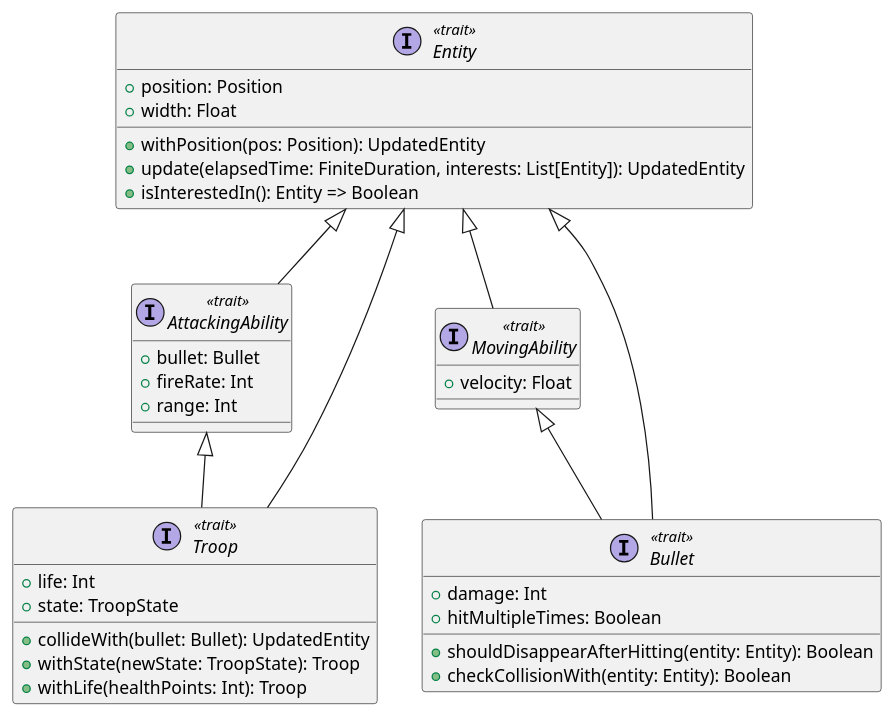
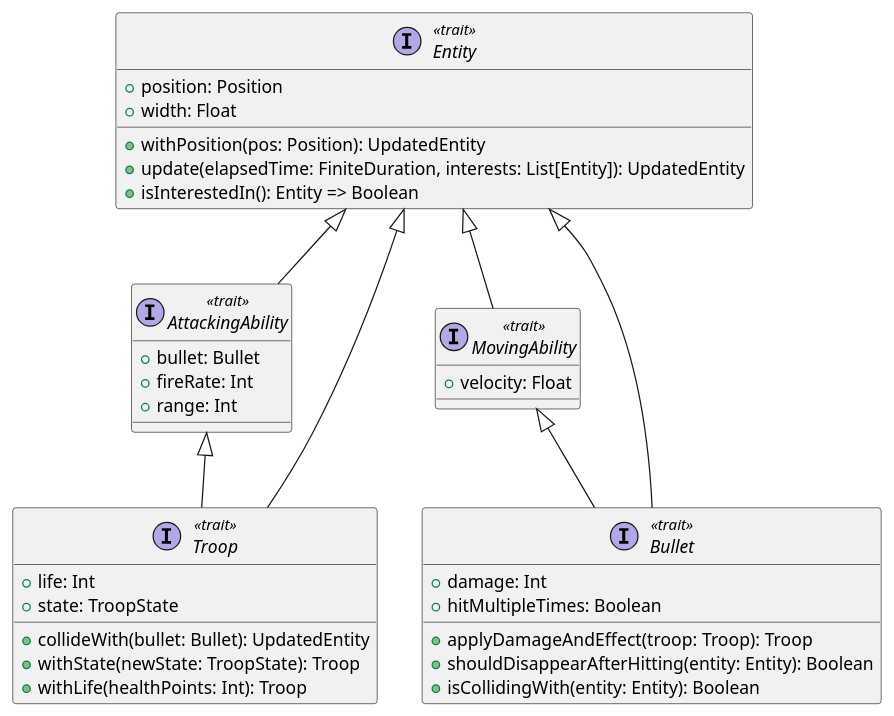
The diagram in doc/diagrams/Entities.puml (PaoloPenazzi/pps-pvzlike), drawn with PlantUML before and after one commit. The commit also changed 6 other files, not shown here.

```diff
--- a/doc/diagrams/Entities.puml
+++ b/doc/diagrams/Entities.puml
@@ -1,40 +1,41 @@
 @startuml
 'https://plantuml.com/class-diagram
 
 interface Entity <<trait>> {
 + position: Position
 + width: Float
 + withPosition(pos: Position): UpdatedEntity
 + update(elapsedTime: FiniteDuration, interests: List[Entity]): UpdatedEntity
 + isInterestedIn(): Entity => Boolean
 }
 interface AttackingAbility <<trait>> {
 + bullet: Bullet
 + fireRate: Int
 + range: Int
 }
 interface MovingAbility <<trait>> {
 + velocity: Float
 }
 interface Troop <<trait>> {
 + collideWith(bullet: Bullet): UpdatedEntity
 + life: Int
 + state: TroopState
 + withState(newState: TroopState): Troop
 + withLife(healthPoints: Int): Troop
 }
 interface Bullet <<trait>> {
 + damage: Int
 + hitMultipleTimes: Boolean
++ applyDamageAndEffect(troop: Troop): Troop
 + shouldDisappearAfterHitting(entity: Entity): Boolean
-+ checkCollisionWith(entity: Entity): Boolean
++ isCollidingWith(entity: Entity): Boolean
 }
 
 Entity <|-down- MovingAbility
 Entity <|-down- AttackingAbility
 Entity <|-down- Bullet
 Entity <|-down- Troop
 AttackingAbility <|-down- Troop
 MovingAbility <|-down- Bullet
 
 @enduml
```
